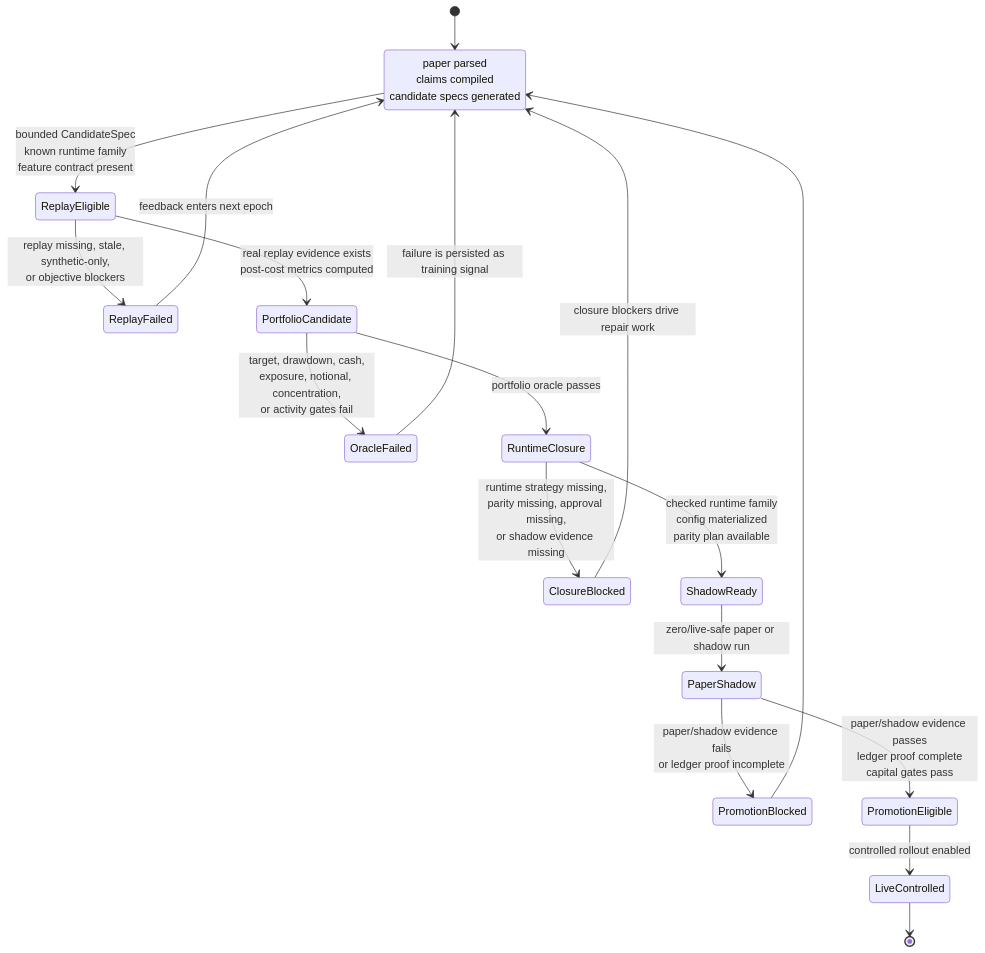
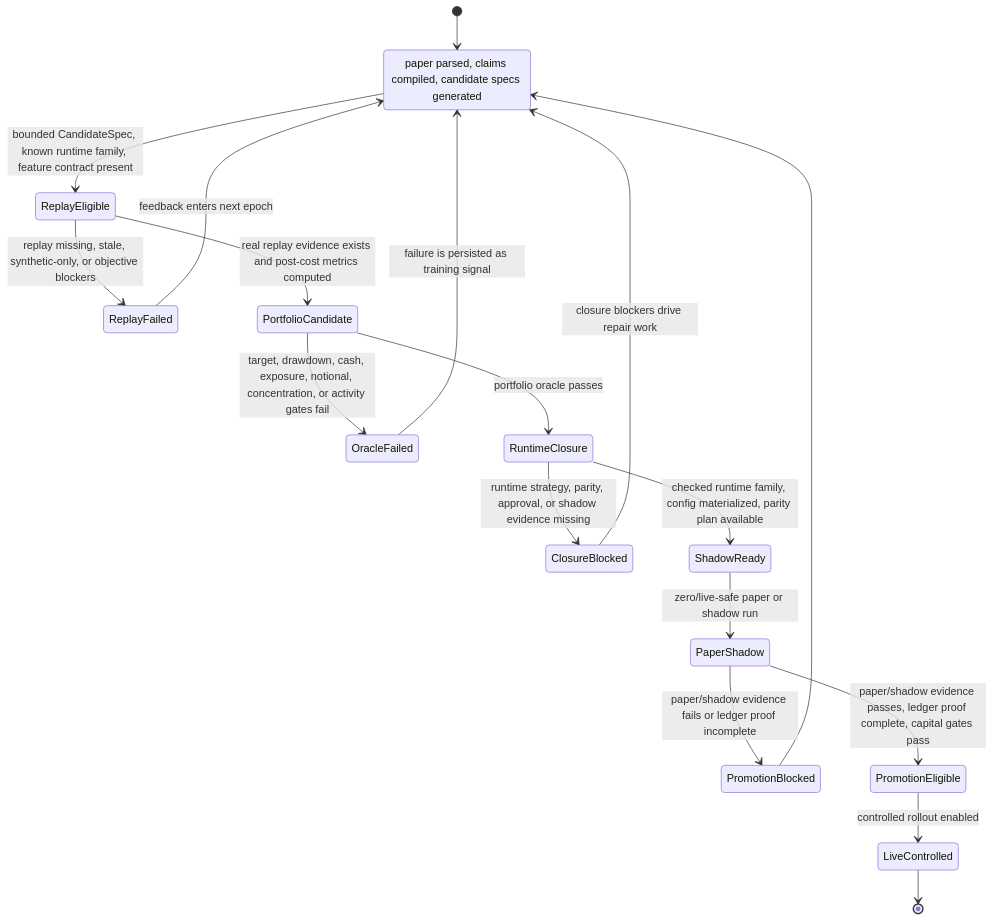
Before and after one commit to proompteng/lab: the second of 3 diagrams in docs/torghut/design-system/v6/214-torghut-current-whitepaper-to-profitable-strategy-workflow-2026-05-16.md, drawn with Mermaid. The commit also changed other lines of this file, not shown here.

Commit message:
docs(torghut): remove mermaid label line breaks

````diff
--- a/docs/torghut/design-system/v6/214-torghut-current-whitepaper-to-profitable-strategy-workflow-2026-05-16.md
+++ b/docs/torghut/design-system/v6/214-torghut-current-whitepaper-to-profitable-strategy-workflow-2026-05-16.md
@@ -48,25 +48,25 @@
 ```mermaid
 stateDiagram-v2
   [*] --> ResearchOnly
-  ResearchOnly: paper parsed<br/>claims compiled<br/>candidate specs generated
-  ResearchOnly --> ReplayEligible: bounded CandidateSpec<br/>known runtime family<br/>feature contract present
-  ReplayEligible --> ReplayFailed: replay missing, stale, synthetic-only,<br/>or objective blockers
+  ResearchOnly: paper parsed, claims compiled, candidate specs generated
+  ResearchOnly --> ReplayEligible: bounded CandidateSpec, known runtime family, feature contract present
+  ReplayEligible --> ReplayFailed: replay missing, stale, synthetic-only, or objective blockers
   ReplayFailed --> ResearchOnly: feedback enters next epoch
 
-  ReplayEligible --> PortfolioCandidate: real replay evidence exists<br/>post-cost metrics computed
-  PortfolioCandidate --> OracleFailed: target, drawdown, cash,<br/>exposure, notional, concentration,<br/>or activity gates fail
+  ReplayEligible --> PortfolioCandidate: real replay evidence exists and post-cost metrics computed
+  PortfolioCandidate --> OracleFailed: target, drawdown, cash, exposure, notional, concentration, or activity gates fail
   OracleFailed --> ResearchOnly: failure is persisted as training signal
 
   PortfolioCandidate --> RuntimeClosure: portfolio oracle passes
-  RuntimeClosure --> ClosureBlocked: runtime strategy missing,<br/>parity missing, approval missing,<br/>or shadow evidence missing
+  RuntimeClosure --> ClosureBlocked: runtime strategy, parity, approval, or shadow evidence missing
   ClosureBlocked --> ResearchOnly: closure blockers drive repair work
 
-  RuntimeClosure --> ShadowReady: checked runtime family<br/>config materialized<br/>parity plan available
+  RuntimeClosure --> ShadowReady: checked runtime family, config materialized, parity plan available
   ShadowReady --> PaperShadow: zero/live-safe paper or shadow run
-  PaperShadow --> PromotionBlocked: paper/shadow evidence fails<br/>or ledger proof incomplete
+  PaperShadow --> PromotionBlocked: paper/shadow evidence fails or ledger proof incomplete
   PromotionBlocked --> ResearchOnly
 
-  PaperShadow --> PromotionEligible: paper/shadow evidence passes<br/>ledger proof complete<br/>capital gates pass
+  PaperShadow --> PromotionEligible: paper/shadow evidence passes, ledger proof complete, capital gates pass
   PromotionEligible --> LiveControlled: controlled rollout enabled
   LiveControlled --> [*]
 ```
````
